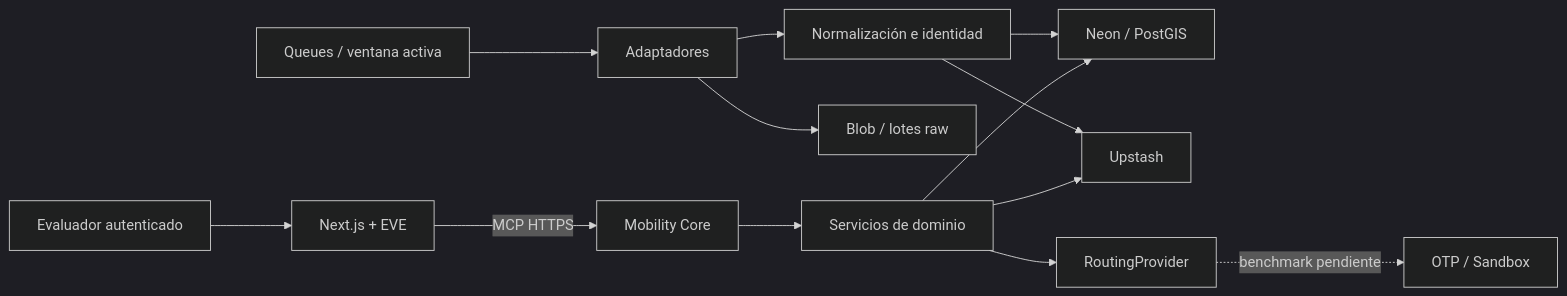
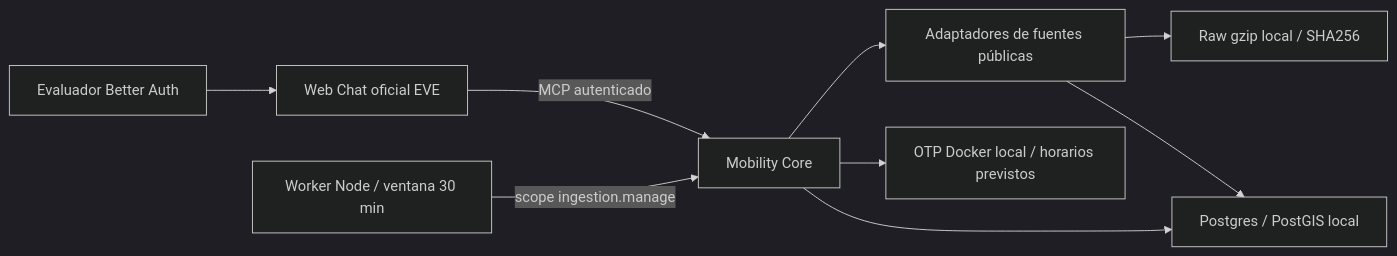
Before and after one commit to alanslzrr/digital-twin-conversational-mobility: the diagram in docs/architecture.md, drawn with Mermaid (dark theme). The commit also changed other lines of this file and 1 other file, not shown here.

Commit message:
docs(architecture): separate validated local coverage from remaining work

````diff
--- a/docs/architecture.md
+++ b/docs/architecture.md
@@ -11,15 +11,11 @@
 ```mermaid
 flowchart LR
-  User[Evaluador autenticado] --> Web[Next.js + EVE]
-  Web -->|MCP HTTPS| Core[Mobility Core]
-  Core --> Domain[Servicios de dominio]
-  Domain --> DB[Neon / PostGIS]
-  Domain --> Cache[Upstash]
-  Domain --> Routing[RoutingProvider]
-  Routing -. benchmark pendiente .-> OTP[OTP / Sandbox]
-  Queue[Queues / ventana activa] --> Adapters[Adaptadores]
-  Adapters --> Raw[Blob / lotes raw]
-  Adapters --> Normalize[Normalización e identidad]
-  Normalize --> DB
-  Normalize --> Cache
+  User[Evaluador Better Auth] --> Web[Web Chat oficial EVE]
+  Web -->|MCP autenticado| Core[Mobility Core]
+  Worker[Worker Node / ventana 30 min] -->|scope ingestion.manage| Core
+  Core --> Adapters[Adaptadores de fuentes públicas]
+  Adapters --> Raw[Raw gzip local / SHA256]
+  Adapters --> DB[Postgres / PostGIS local]
+  Core --> DB
+  Core --> OTP[OTP Docker local / horarios previstos]
 ```
````
